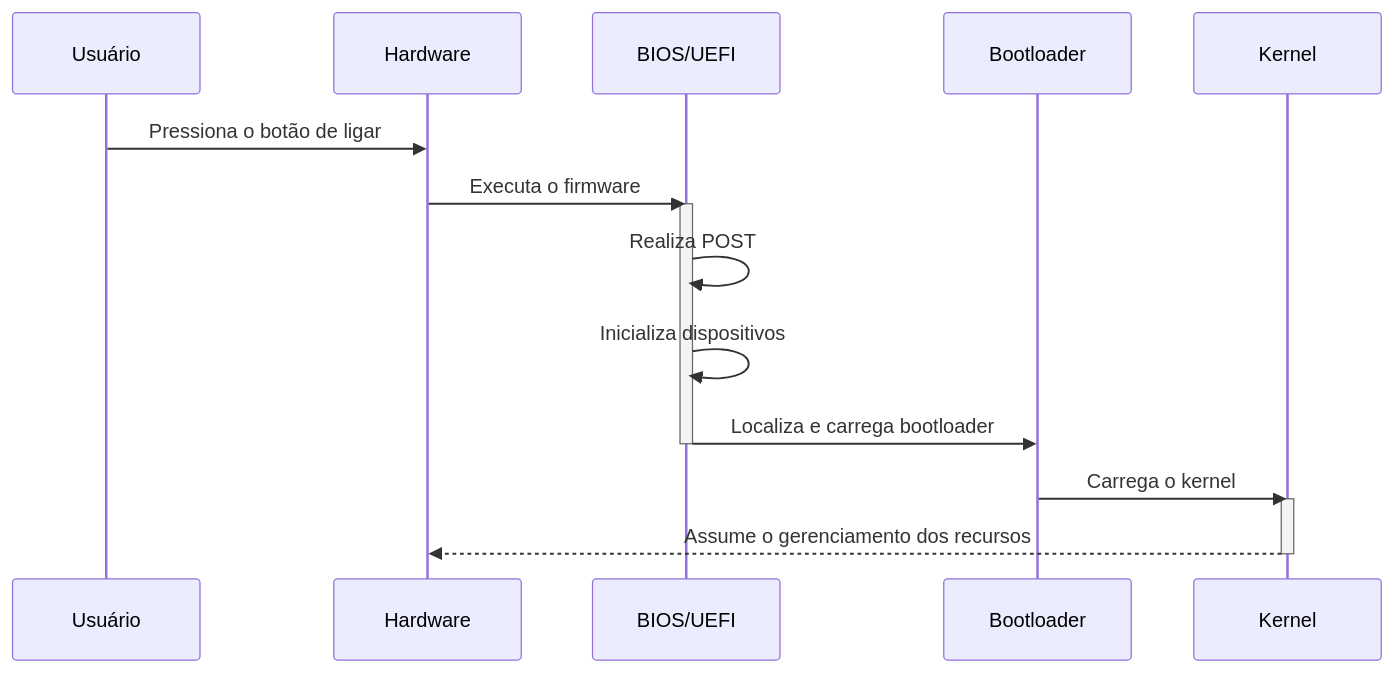
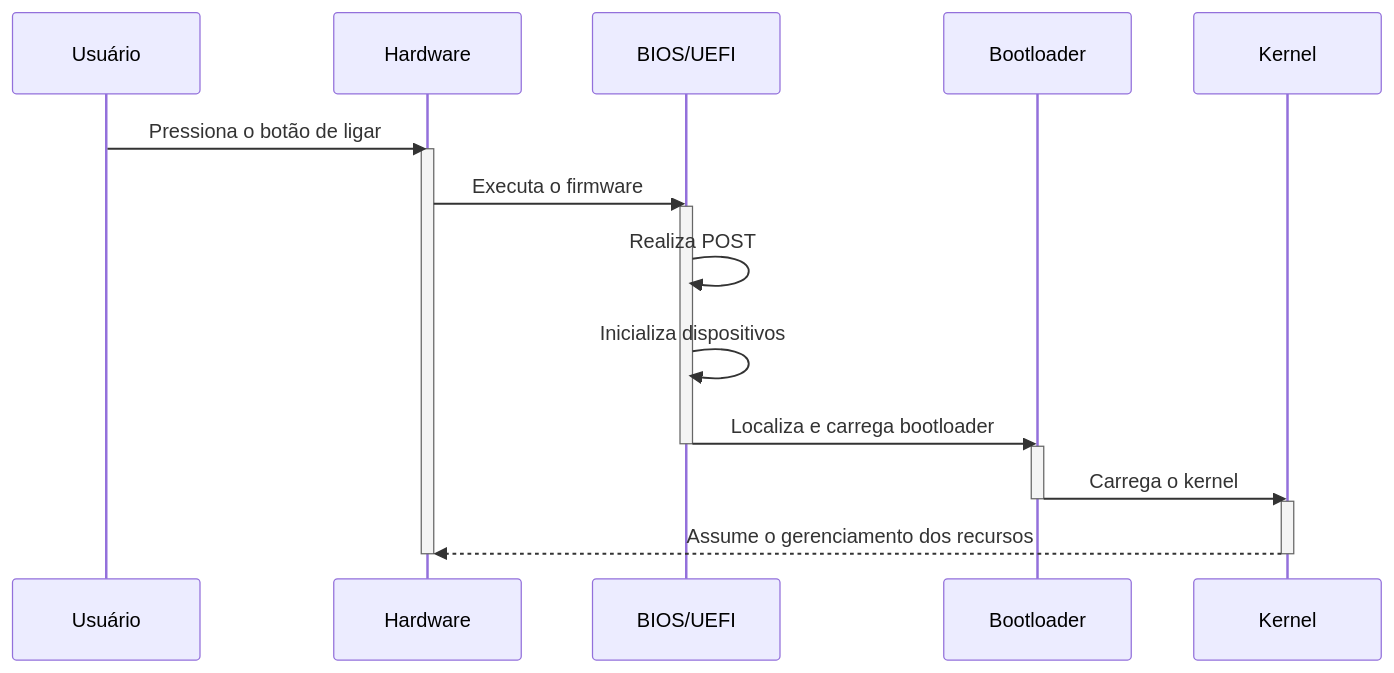
The first of 2 diagrams in Sistema_Principal/Modulo 1 - Inicio/0-BIOS_UEFI.md (FelpzzzEX/LecOS), drawn with Mermaid before and after one commit. The commit also changed other lines of this file and 3 other files, not shown here.

````diff
--- a/Sistema_Principal/Modulo 1 - Inicio/0-BIOS_UEFI.md
+++ b/Sistema_Principal/Modulo 1 - Inicio/0-BIOS_UEFI.md
@@ -35,24 +42,28 @@
 ```mermaid
 sequenceDiagram
     participant U as Usuário
     participant H as Hardware
     participant F as BIOS/UEFI
     participant BL as Bootloader
     participant K as Kernel
 
     U->>H: Pressiona o botão de ligar
+    activate H
 
     H->>F: Executa o firmware
     activate F
 
     F->>F: Realiza POST
     F->>F: Inicializa dispositivos
     F->>BL: Localiza e carrega bootloader
-
     deactivate F
+    activate BL
 
     BL->>K: Carrega o kernel
+    deactivate BL
     activate K
+
     K-->>H: Assume o gerenciamento dos recursos
     deactivate K
+    deactivate H
 ```
````
